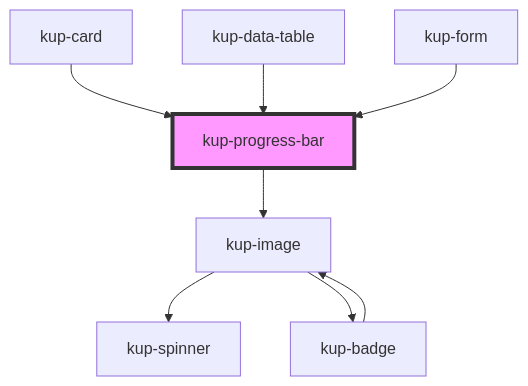
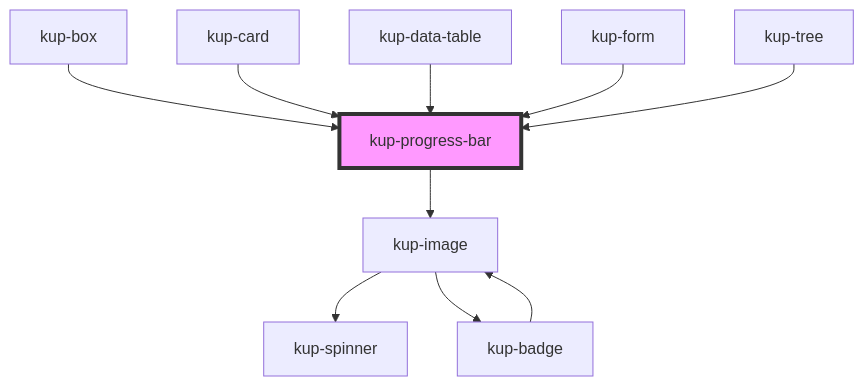
Before and after one commit to smeup/ketchup: the diagram in packages/ketchup/src/components/kup-progress-bar/readme.md, drawn with Mermaid. The commit also changed other lines of this file and 8 other files, not shown here.

Commit message:
Removed lazy from box and tree cells: button, checkbox, radio, progressbar, icon.

````diff
--- a/packages/ketchup/src/components/kup-progress-bar/readme.md
+++ b/packages/ketchup/src/components/kup-progress-bar/readme.md
@@ -49,11 +51,13 @@
 ```mermaid
 graph TD;
   kup-progress-bar --> kup-image
   kup-image --> kup-spinner
   kup-image --> kup-badge
   kup-badge --> kup-image
+  kup-box --> kup-progress-bar
   kup-card --> kup-progress-bar
   kup-data-table --> kup-progress-bar
   kup-form --> kup-progress-bar
+  kup-tree --> kup-progress-bar
   style kup-progress-bar fill:#f9f,stroke:#333,stroke-width:4px
 ```
````
